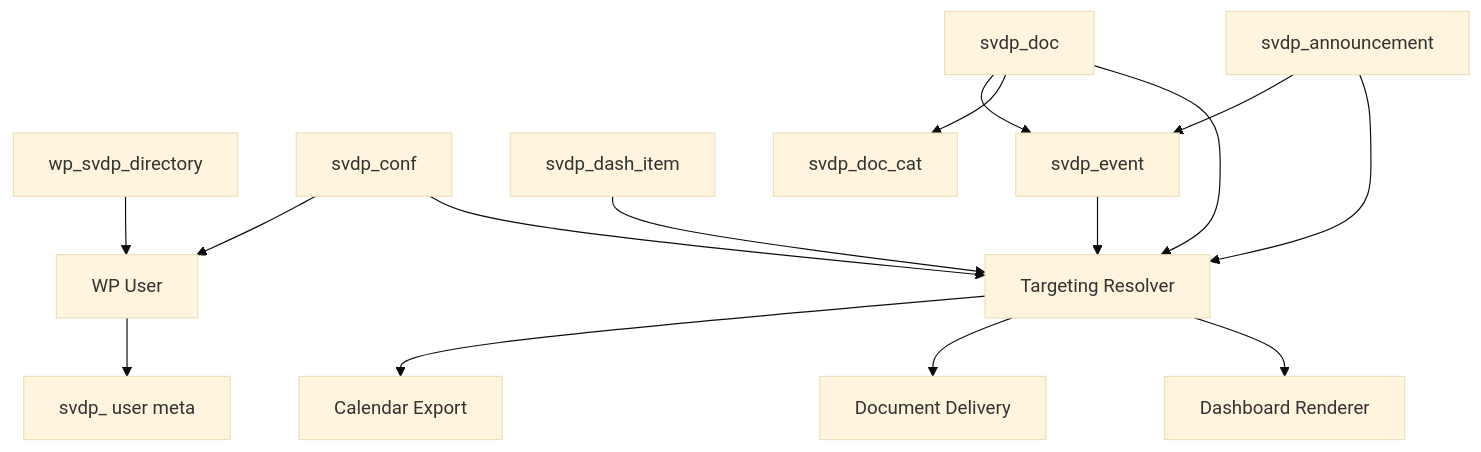
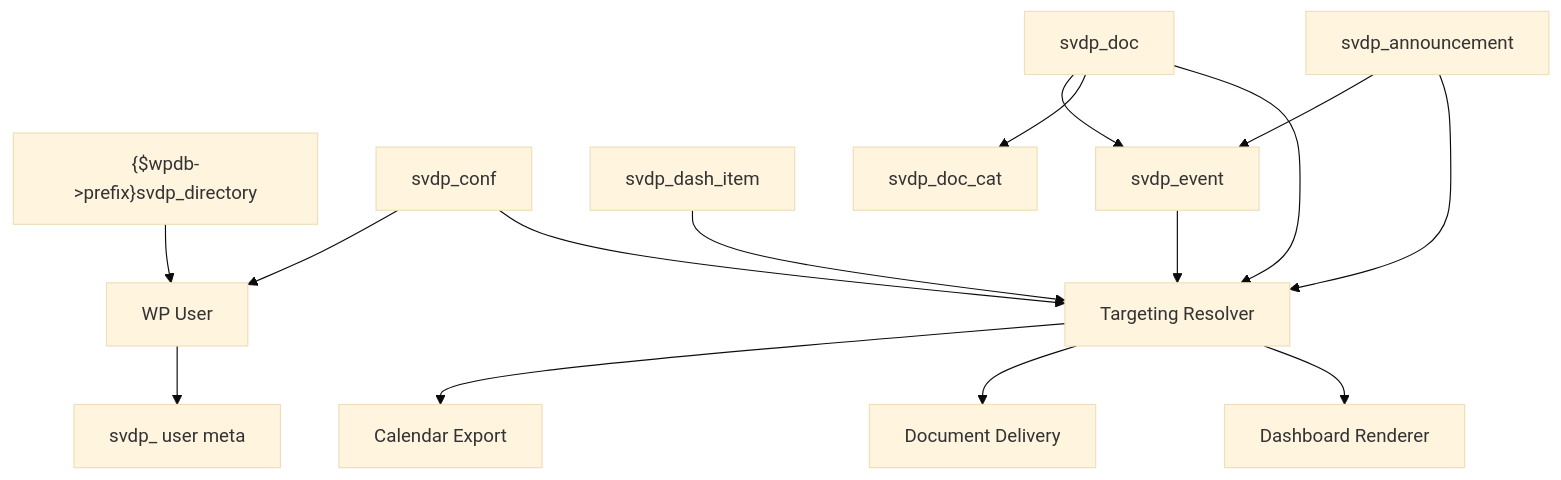
One commit to jeremiahsotis/vincentian-hub changed the diagram in specs/architecture/wordpress-data-model-map.md. Above: the diagram before and after it, drawn with Mermaid (base theme). The commit also changed other lines of this file and 31 other files, not shown here.

````diff
--- a/specs/architecture/wordpress-data-model-map.md
+++ b/specs/architecture/wordpress-data-model-map.md
@@ -91,38 +57,21 @@
 ```mermaid
 flowchart TD
+WPUser["WP User"] --> UserMeta["svdp_ user meta"]
+Directory["{$wpdb->prefix}svdp_directory"] --> WPUser
 
-WPUser["WP User"]
-UserMeta["svdp_ user meta"]
-Directory["wp_svdp_directory"]
+Conf["svdp_conf"] --> Resolver["Targeting Resolver"]
+Dash["svdp_dash_item"] --> Resolver
+Ann["svdp_announcement"] --> Resolver
+Doc["svdp_doc"] --> Resolver
+Event["svdp_event"] --> Resolver
 
-Conf["svdp_conf"]
-Dash["svdp_dash_item"]
-Ann["svdp_announcement"]
-Doc["svdp_doc"]
-Event["svdp_event"]
-DocCat["svdp_doc_cat"]
+Doc --> DocCat["svdp_doc_cat"]
 
-Resolver["Targeting Resolver"]
-Dashboard["Dashboard Renderer"]
-DocDelivery["Document Delivery"]
-Calendar["Calendar Export"]
-
-WPUser --> UserMeta
-Directory --> WPUser
-
-Conf --> Resolver
-Dash --> Resolver
-Ann --> Resolver
-Doc --> Resolver
-Event --> Resolver
-
-Doc --> DocCat
-
-Resolver --> Dashboard
-Resolver --> DocDelivery
-Resolver --> Calendar
+Resolver --> Dashboard["Dashboard Renderer"]
+Resolver --> DocDelivery["Document Delivery"]
+Resolver --> Calendar["Calendar Export"]
 
 Doc --> Event
 Ann --> Event
 Conf --> WPUser
 ```
````
